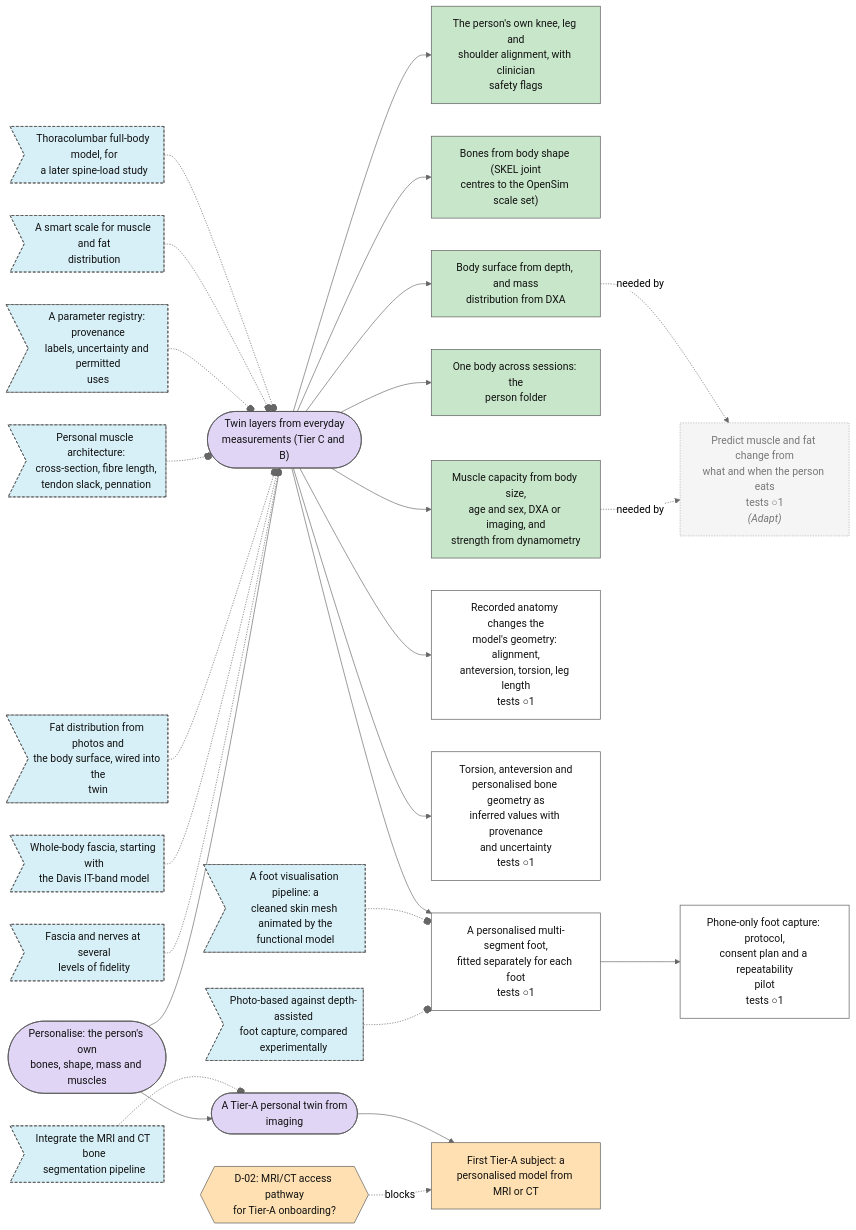
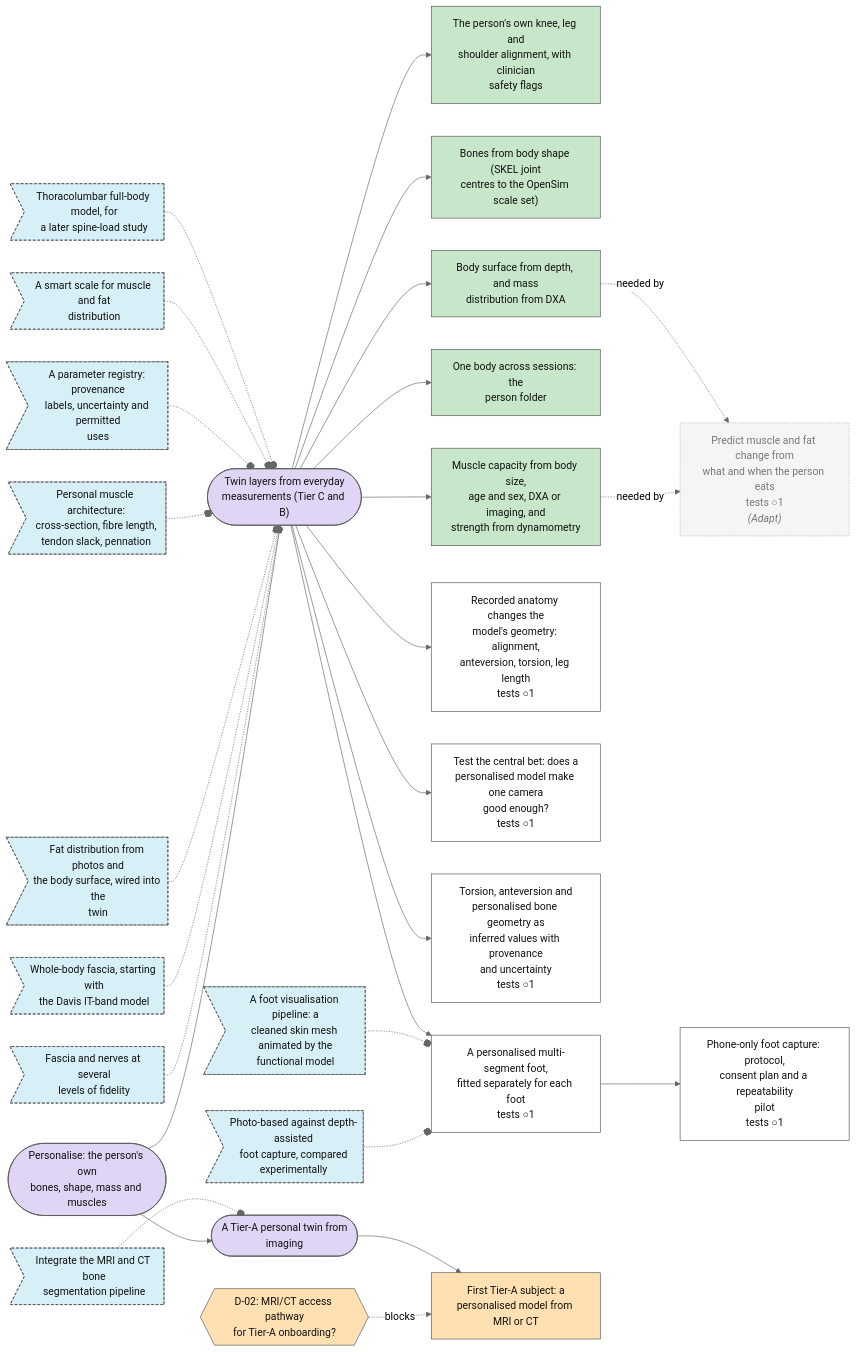
The third of 7 diagrams in plan/MAP.md (Sigurius23/Rehab-agent), drawn with Mermaid (neutral theme) before and after one commit. The commit also changed other lines of this file and 14 other files, not shown here.

````diff
--- a/plan/MAP.md
+++ b/plan/MAP.md
@@ -132,72 +134,74 @@
 ```mermaid
 flowchart LR
   n0{{"D-02: MRI/CT access pathway<br/>for Tier-A onboarding?"}}:::decision_open
   n1["Phone-only foot capture: protocol,<br/>consent plan and a repeatability<br/>pilot<br/>tests ○1"]:::step_open
   n2(["A Tier-A personal twin from<br/>imaging"]):::goal_open
   n3(["Twin layers from everyday<br/>measurements (Tier C and B)"]):::goal_open
   n4>"Fascia and nerves at several<br/>levels of fidelity"]:::idea_new
   n5>"Integrate the MRI and CT bone<br/>segmentation pipeline"]:::idea_new
   n6>"Whole-body fascia, starting with<br/>the Davis IT-band model"]:::idea_new
   n7>"Fat distribution from photos and<br/>the body surface, wired into the<br/>twin"]:::idea_new
   n8>"Photo-based against depth-assisted<br/>foot capture, compared<br/>experimentally"]:::idea_new
   n9>"A foot visualisation pipeline: a<br/>cleaned skin mesh animated by the<br/>functional model"]:::idea_new
   n10>"Personal muscle architecture:<br/>cross-section, fibre length,<br/>tendon slack, pennation"]:::idea_new
   n11>"A parameter registry: provenance<br/>labels, uncertainty and permitted<br/>uses"]:::idea_new
   n12>"A smart scale for muscle and fat<br/>distribution"]:::idea_new
   n13>"Thoracolumbar full-body model, for<br/>a later spine-load study"]:::idea_new
   n14["The person's own knee, leg and<br/>shoulder alignment, with clinician<br/>safety flags"]:::step_done
   n15["Bones from body shape (SKEL joint<br/>centres to the OpenSim scale set)"]:::step_done
   n16["Muscle capacity from body size,<br/>age and sex, DXA or imaging, and<br/>strength from dynamometry"]:::step_done
   n17["One body across sessions: the<br/>person folder"]:::step_done
   n18["Body surface from depth, and mass<br/>distribution from DXA"]:::step_done
   n19(["Personalise: the person's own<br/>bones, shape, mass and muscles"]):::goal_open
   n20["Recorded anatomy changes the<br/>model's geometry: alignment,<br/>anteversion, torsion, leg length<br/>tests ○1"]:::step_open
-  n21["Torsion, anteversion and<br/>personalised bone geometry as<br/>inferred values with provenance<br/>and uncertainty<br/>tests ○1"]:::step_open
-  n22["A personalised multi-segment foot,<br/>fitted separately for each foot<br/>tests ○1"]:::step_open
-  n23["First Tier-A subject: a<br/>personalised model from MRI or CT"]:::step_blocked
-  n24["Predict muscle and fat change from<br/>what and when the person eats<br/>tests ○1<br/><i>(Adapt)</i>"]:::external
-  n0 -. blocks .-> n23
-  n22 --> n1
+  n21["Test the central bet: does a<br/>personalised model make one camera<br/>good enough?<br/>tests ○1"]:::step_open
+  n22["Torsion, anteversion and<br/>personalised bone geometry as<br/>inferred values with provenance<br/>and uncertainty<br/>tests ○1"]:::step_open
+  n23["A personalised multi-segment foot,<br/>fitted separately for each foot<br/>tests ○1"]:::step_open
+  n24["First Tier-A subject: a<br/>personalised model from MRI or CT"]:::step_blocked
+  n25["Predict muscle and fat change from<br/>what and when the person eats<br/>tests ○1<br/><i>(Adapt)</i>"]:::external
+  n0 -. blocks .-> n24
+  n23 --> n1
   n19 --> n2
   n19 --> n3
   n4 -.-o n3
   n5 -.-o n2
   n6 -.-o n3
   n7 -.-o n3
-  n8 -.-o n22
-  n9 -.-o n22
+  n8 -.-o n23
+  n9 -.-o n23
   n10 -.-o n3
   n11 -.-o n3
   n12 -.-o n3
   n13 -.-o n3
   n3 --> n14
   n3 --> n15
   n3 --> n16
   n3 --> n17
   n3 --> n18
   n3 --> n20
   n3 --> n21
   n3 --> n22
-  n2 --> n23
-  n16 -. needed by .-> n24
-  n18 -. needed by .-> n24
+  n3 --> n23
+  n2 --> n24
+  n16 -. needed by .-> n25
+  n18 -. needed by .-> n25
   classDef goal_open fill:#e1d5f5,stroke:#555,color:#111
   classDef goal_done fill:#c8e6c9,stroke:#555,color:#111
   classDef step_open fill:#ffffff,stroke:#555,color:#111
   classDef step_doing fill:#fff3c4,stroke:#555,color:#111
   classDef step_done fill:#c8e6c9,stroke:#555,color:#111
   classDef step_blocked fill:#ffe0b2,stroke:#555,color:#111
   classDef step_dropped fill:#eeeeee,stroke:#555,color:#111
   classDef test_planned fill:#ffffff,stroke:#555,color:#111
   classDef test_running fill:#fff3c4,stroke:#555,color:#111
   classDef test_passed fill:#c8e6c9,stroke:#555,color:#111
   classDef test_failed fill:#ffcdd2,stroke:#555,color:#111
   classDef test_mixed fill:#fff3c4,stroke:#555,color:#111
   classDef test_dropped fill:#eeeeee,stroke:#555,color:#111
   classDef idea_new fill:#d7f0f7,stroke:#555,color:#111,stroke-dasharray: 4 3
   classDef idea_promoted fill:#eeeeee,stroke:#555,color:#111,stroke-dasharray: 4 3
   classDef idea_dropped fill:#eeeeee,stroke:#555,color:#111,stroke-dasharray: 4 3
   classDef decision_open fill:#ffe0b2,stroke:#555,color:#111
   classDef decision_decided fill:#ffe0b2,stroke:#555,color:#111
   classDef external fill:#f5f5f5,stroke:#aaa,color:#777,stroke-dasharray: 2 2
 ```
````
